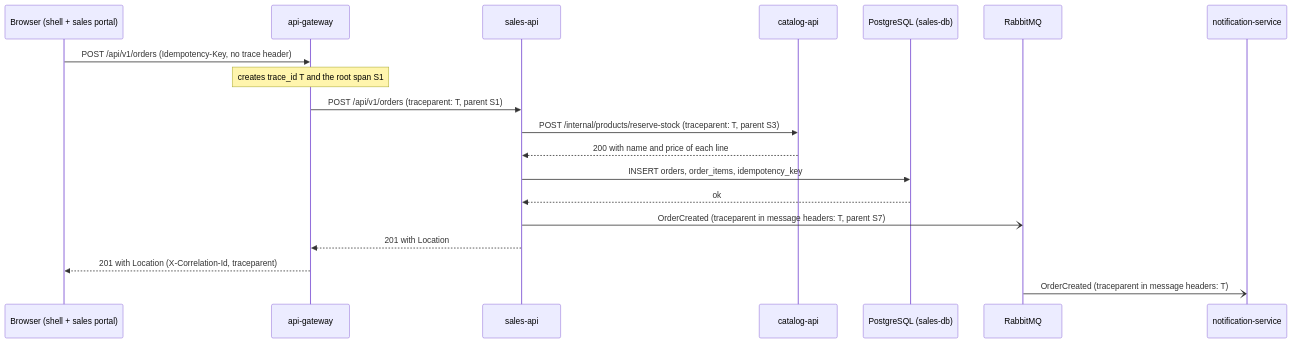
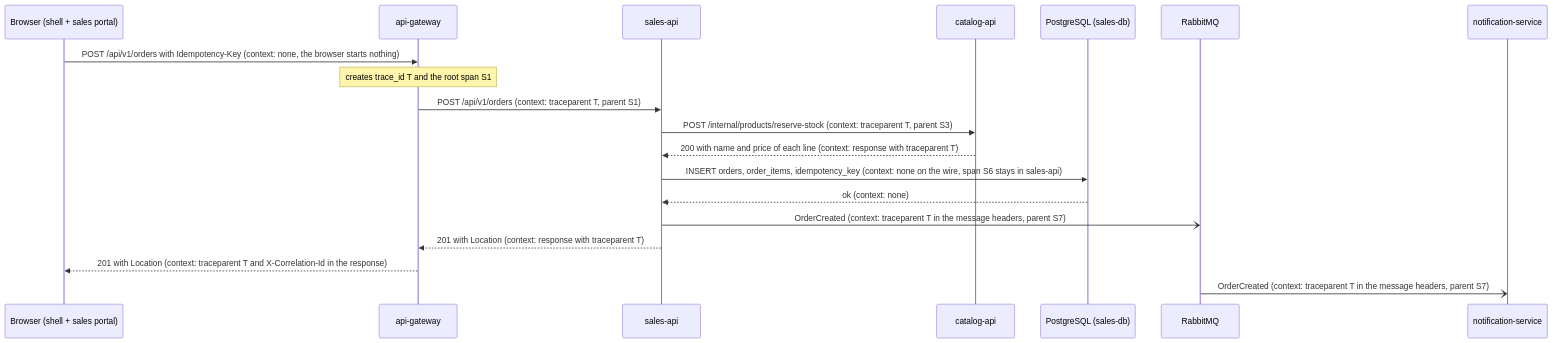
Before and after one commit to BrandowC/sistemas-distribuidos-2026-b-g2: the diagram in 11-week/workshop/01-journey.md, drawn with Mermaid. The commit also changed other lines of this file, not shown here.

Commit message:
docs(w11): label trace context on every arrow of the journey

````diff
--- a/11-week/workshop/01-journey.md
+++ b/11-week/workshop/01-journey.md
@@ -38,21 +40,21 @@
 ```mermaid
 sequenceDiagram
     participant B as Browser (shell + sales portal)
     participant GW as api-gateway
     participant SA as sales-api
     participant CA as catalog-api
     participant PG as PostgreSQL (sales-db)
     participant MQ as RabbitMQ
     participant NS as notification-service
-    B->>GW: POST /api/v1/orders (Idempotency-Key, no trace header)
+    B->>GW: POST /api/v1/orders with Idempotency-Key (context: none, the browser starts nothing)
     Note over GW: creates trace_id T and the root span S1
-    GW->>SA: POST /api/v1/orders (traceparent: T, parent S1)
-    SA->>CA: POST /internal/products/reserve-stock (traceparent: T, parent S3)
-    CA-->>SA: 200 with name and price of each line
-    SA->>PG: INSERT orders, order_items, idempotency_key
-    PG-->>SA: ok
-    SA-)MQ: OrderCreated (traceparent in message headers: T, parent S7)
-    SA-->>GW: 201 with Location
-    GW-->>B: 201 with Location (X-Correlation-Id, traceparent)
-    MQ-)NS: OrderCreated (traceparent in message headers: T)
+    GW->>SA: POST /api/v1/orders (context: traceparent T, parent S1)
+    SA->>CA: POST /internal/products/reserve-stock (context: traceparent T, parent S3)
+    CA-->>SA: 200 with name and price of each line (context: response with traceparent T)
+    SA->>PG: INSERT orders, order_items, idempotency_key (context: none on the wire, span S6 stays in sales-api)
+    PG-->>SA: ok (context: none)
+    SA-)MQ: OrderCreated (context: traceparent T in the message headers, parent S7)
+    SA-->>GW: 201 with Location (context: response with traceparent T)
+    GW-->>B: 201 with Location (context: traceparent T and X-Correlation-Id in the response)
+    MQ-)NS: OrderCreated (context: traceparent T in the message headers, parent S7)
 ```
````
